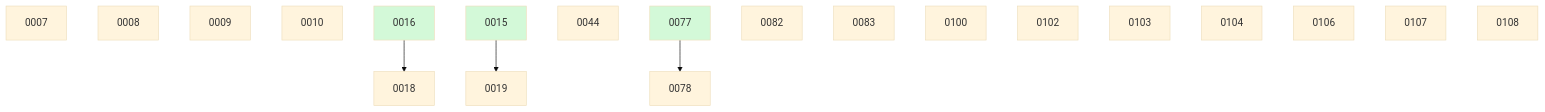
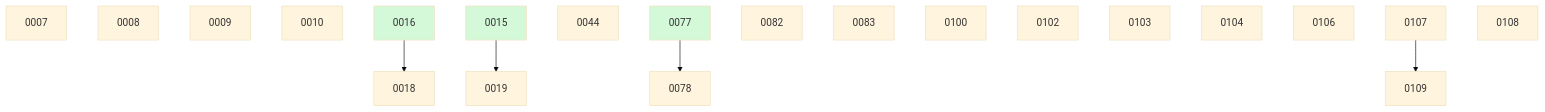
Before and after one commit to danielhanold/docket: the diagram in docs/changes/BOARD.md, drawn with Mermaid (base theme). The commit also changed other lines of this file, not shown here.

````diff
--- a/docs/changes/BOARD.md
+++ b/docs/changes/BOARD.md
@@ -42,24 +43,25 @@
 ```mermaid
 graph TD
   0007
   0008
   0009
   0010
   0016 --> 0018
   0015 --> 0019
   0044
   0077 --> 0078
   0082
   0083
   0100
   0102
   0103
   0104
   0106
   0107
   0108
+  0107 --> 0109
   0015:::done
   0016:::done
   0077:::done
   classDef done fill:#d3f9d8;
 ```
````
